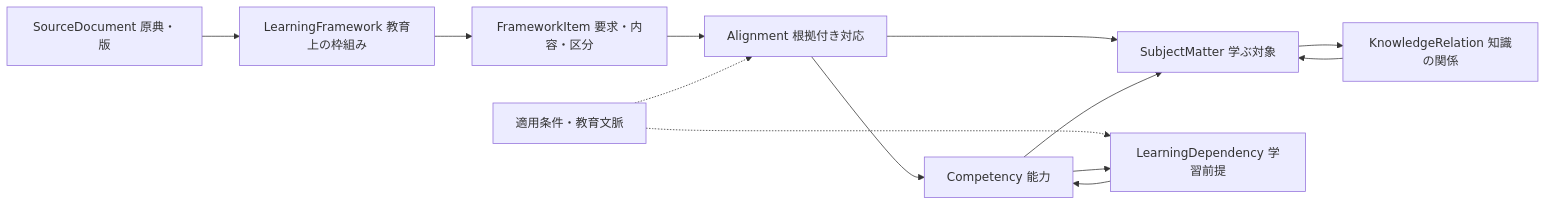
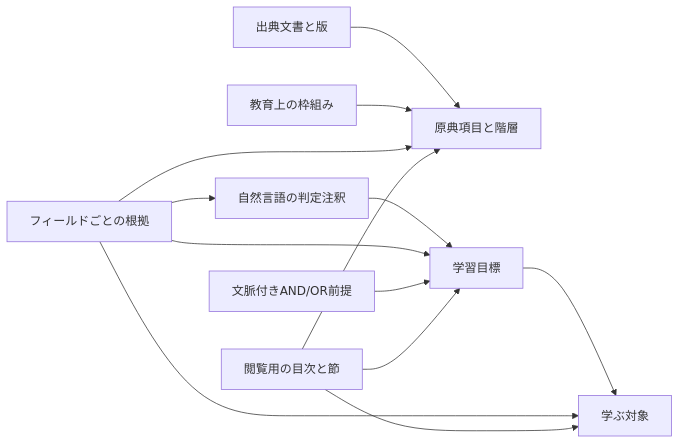
One commit to KantoYamamoto/Curricula changed the diagram in docs/domain-model.md. Above: the diagram before and after it, drawn with Mermaid. The commit also changed other lines of this file and 37 other files, not shown here.

````diff
--- a/docs/domain-model.md
+++ b/docs/domain-model.md
@@ -13,15 +9,15 @@
 ```mermaid
 flowchart LR
-  S[SourceDocument 原典・版] --> F[LearningFramework 教育上の枠組み]
-  F --> I[FrameworkItem 要求・内容・区分]
-  I --> A[Alignment 根拠付き対応]
-  A --> C[Competency 能力]
-  A --> K[SubjectMatter 学ぶ対象]
-  C --> K
-  X[適用条件・教育文脈] -.-> A
-  X -.-> D[LearningDependency 学習前提]
-  C --> D
-  D --> C
-  K --> R[KnowledgeRelation 知識の関係]
-  R --> K
+  S[出典文書と版] --> I[原典項目と階層]
+  F[教育上の枠組み] --> I
+  G[学習目標] --> M[学ぶ対象]
+  A[自然言語の判定注釈] --> G
+  E[フィールドごとの根拠] --> I
+  E --> G
+  E --> M
+  E --> A
+  P[文脈付きAND/OR前提] --> G
+  O[閲覧用の目次と節] --> I
+  O --> G
+  O --> M
 ```
````
